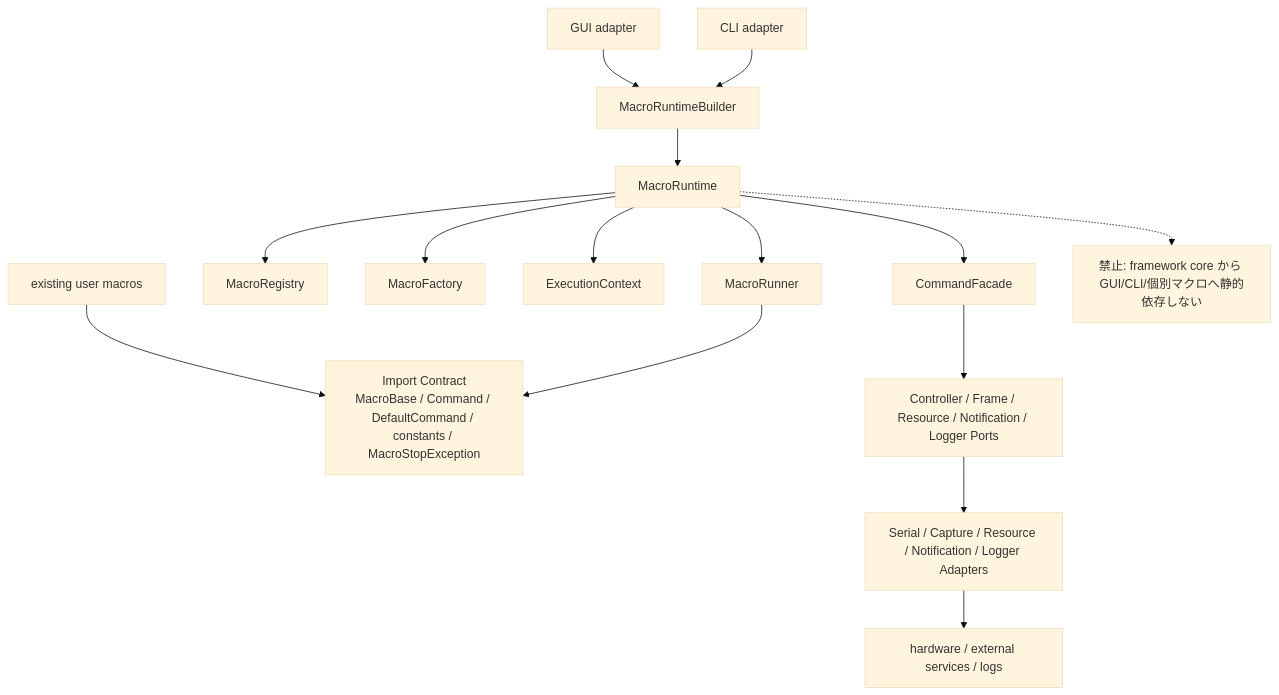
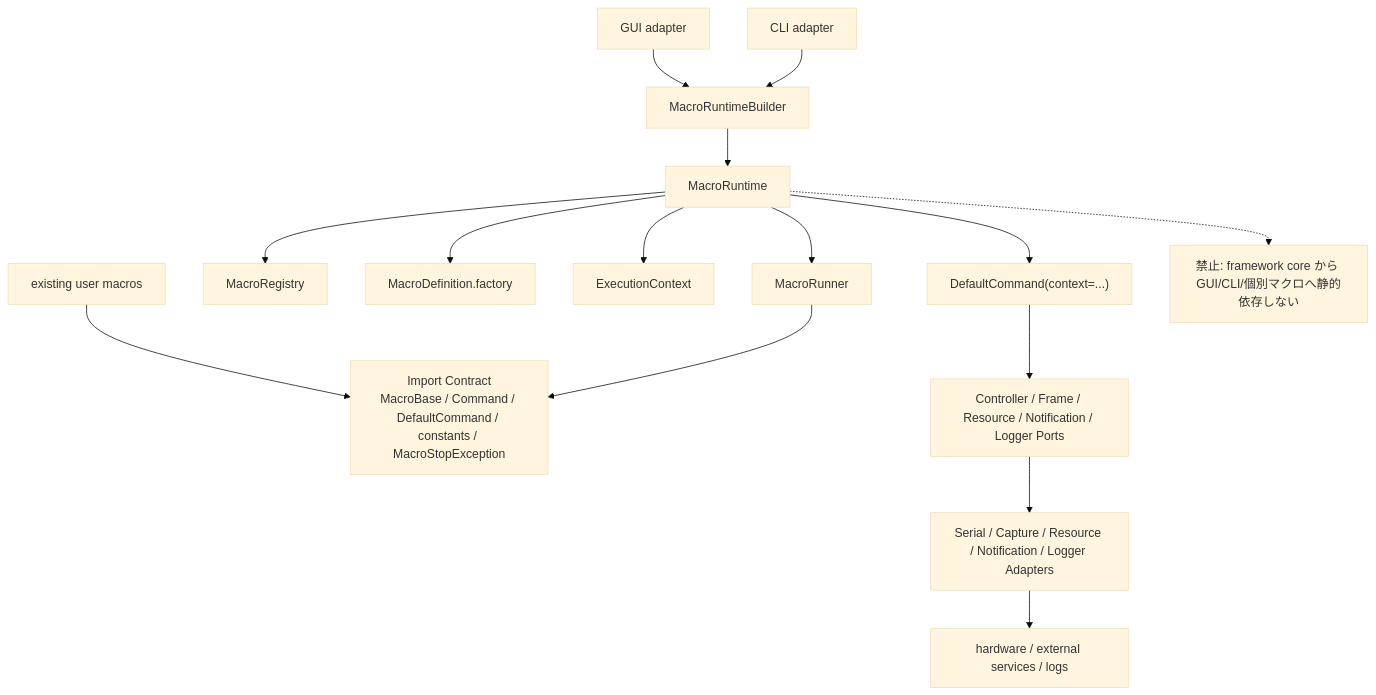
The diagram in spec/framework/rearchitecture/FW_REARCHITECTURE_OVERVIEW.md (niart120/Project_NyX), drawn with Mermaid (base theme) before and after one commit. The commit also changed other lines of this file and 13 other files, not shown here.

````diff
--- a/spec/framework/rearchitecture/FW_REARCHITECTURE_OVERVIEW.md
+++ b/spec/framework/rearchitecture/FW_REARCHITECTURE_OVERVIEW.md
@@ -159,18 +159,18 @@
 ```mermaid
 flowchart TB
     GUI["GUI adapter"] --> Builder["MacroRuntimeBuilder"]
     CLI["CLI adapter"] --> Builder
     Builder --> Runtime["MacroRuntime"]
     Macro["existing user macros"] --> Contract["Import Contract<br/>MacroBase / Command / DefaultCommand / constants / MacroStopException"]
     Runtime --> Registry["MacroRegistry"]
-    Runtime --> Factory["MacroFactory"]
+    Runtime --> DefinitionFactory["MacroDefinition.factory"]
     Runtime --> Context["ExecutionContext"]
     Runtime --> Runner["MacroRunner"]
     Runner --> Contract
-    Runtime --> CommandFacade["CommandFacade"]
-    CommandFacade --> Ports["Controller / Frame / Resource / Notification / Logger Ports"]
+    Runtime --> DefaultCommandNode["DefaultCommand(context=...)"]
+    DefaultCommandNode --> Ports["Controller / Frame / Resource / Notification / Logger Ports"]
     Ports --> Adapters["Serial / Capture / Resource / Notification / Logger Adapters"]
     Adapters --> IO["hardware / external services / logs"]
     Guard["禁止: framework core から GUI/CLI/個別マクロへ静的依存しない"]
     Runtime -.-> Guard
 ```
````
